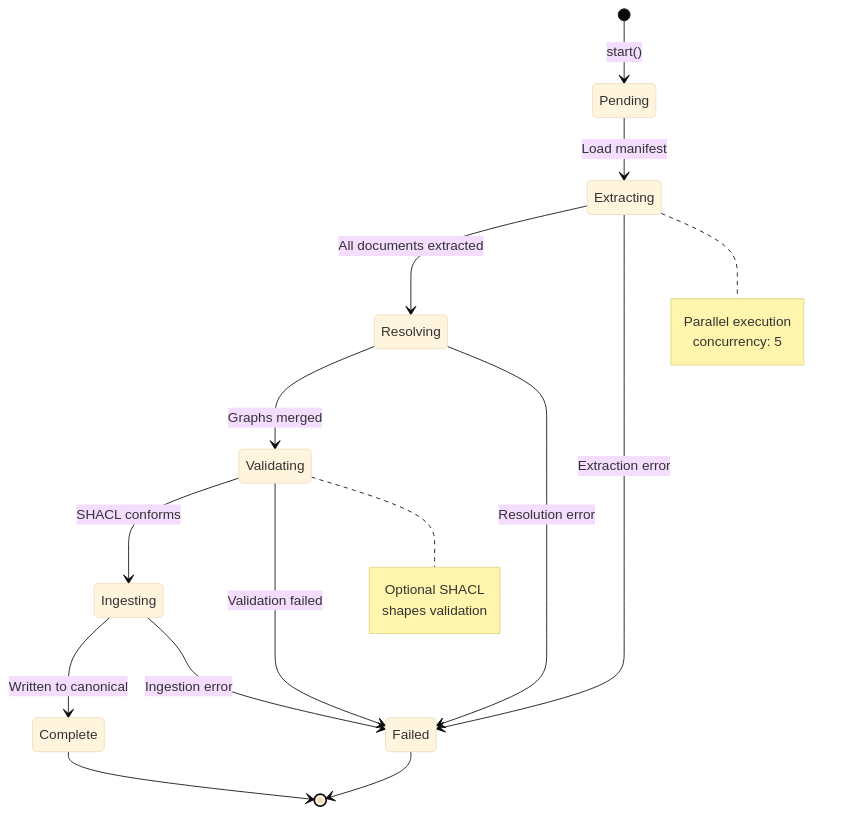
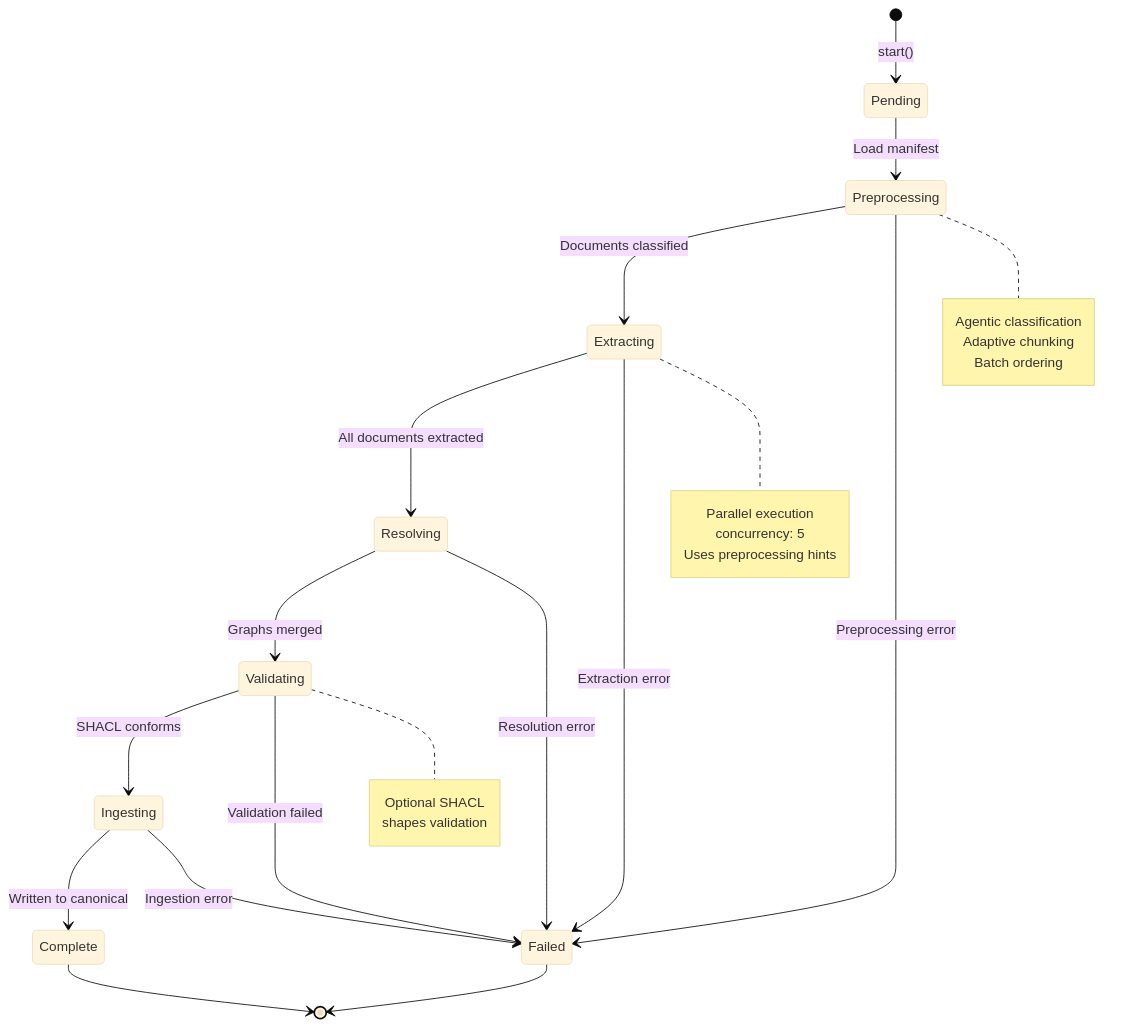
Before and after one commit to mepuka/effect-ontology: the third of 15 diagrams in packages/@core-v2/docs/architecture/system-architecture.md, drawn with Mermaid (base theme). The commit also changed other lines of this file and 34 other files, not shown here.

````diff
--- a/packages/@core-v2/docs/architecture/system-architecture.md
+++ b/packages/@core-v2/docs/architecture/system-architecture.md
@@ -192,31 +194,41 @@
 ```mermaid
 stateDiagram-v2
     [*] --> Pending: start()
 
-    Pending --> Extracting: Load manifest
+    Pending --> Preprocessing: Load manifest
+
+    Preprocessing --> Extracting: Documents classified
+    Preprocessing --> Failed: Preprocessing error
 
     Extracting --> Resolving: All documents extracted
     Extracting --> Failed: Extraction error
 
     Resolving --> Validating: Graphs merged
     Resolving --> Failed: Resolution error
 
     Validating --> Ingesting: SHACL conforms
     Validating --> Failed: Validation failed
 
     Ingesting --> Complete: Written to canonical
     Ingesting --> Failed: Ingestion error
 
     Complete --> [*]
     Failed --> [*]
 
+    note right of Preprocessing
+        Agentic classification
+        Adaptive chunking
+        Batch ordering
+    end note
+
     note right of Extracting
         Parallel execution
         concurrency: 5
+        Uses preprocessing hints
     end note
 
     note right of Validating
         Optional SHACL
         shapes validation
     end note
 ```
````
